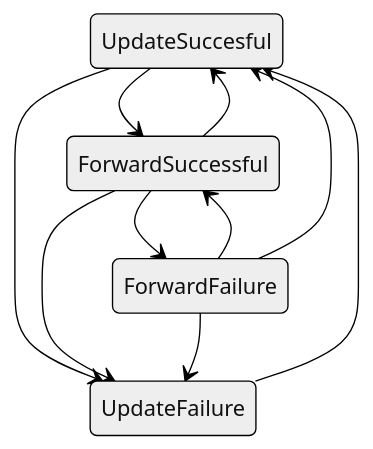
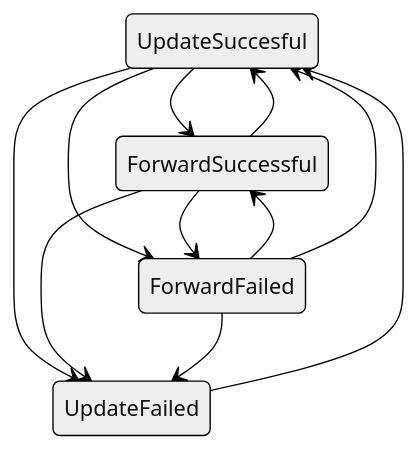
One commit to stolostron/multicluster-observability-operator changed the third of 3 diagrams in operators/endpointmetrics/doc/design/addon-status.md. Above: the diagram before and after it, drawn with Mermaid (neutral theme). The commit also changed other lines of this file, not shown here.

````diff
--- a/operators/endpointmetrics/doc/design/addon-status.md
+++ b/operators/endpointmetrics/doc/design/addon-status.md
@@ -145,12 +147,13 @@
 ```mermaid
 stateDiagram-v2
     UpdateSuccesful --> ForwardSuccessful
     ForwardSuccessful --> UpdateSuccesful
-    UpdateFailure --> UpdateSuccesful
-    UpdateSuccesful --> UpdateFailure
-    ForwardSuccessful --> UpdateFailure
-    ForwardFailure --> UpdateFailure
-    ForwardFailure --> ForwardSuccessful
-    ForwardFailure --> UpdateSuccesful
-    ForwardSuccessful --> ForwardFailure
+    UpdateFailed --> UpdateSuccesful
+    UpdateSuccesful --> UpdateFailed
+    UpdateSuccesful --> ForwardFailed
+    ForwardSuccessful --> UpdateFailed
+    ForwardFailed --> UpdateFailed
+    ForwardFailed --> ForwardSuccessful
+    ForwardFailed --> UpdateSuccesful
+    ForwardSuccessful --> ForwardFailed
 ```
````
